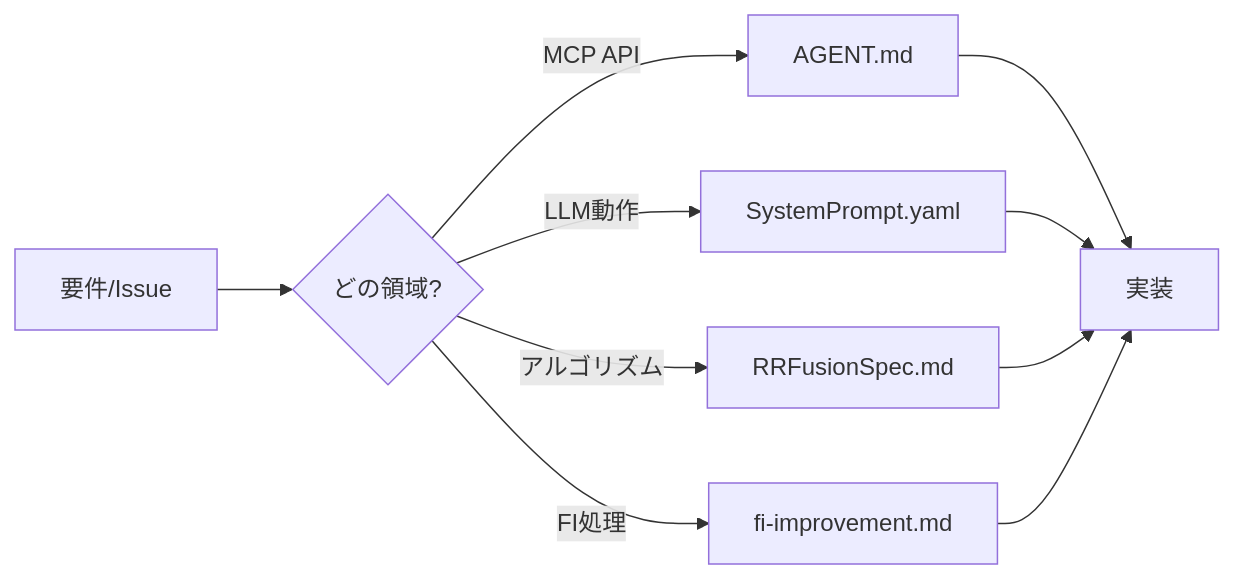
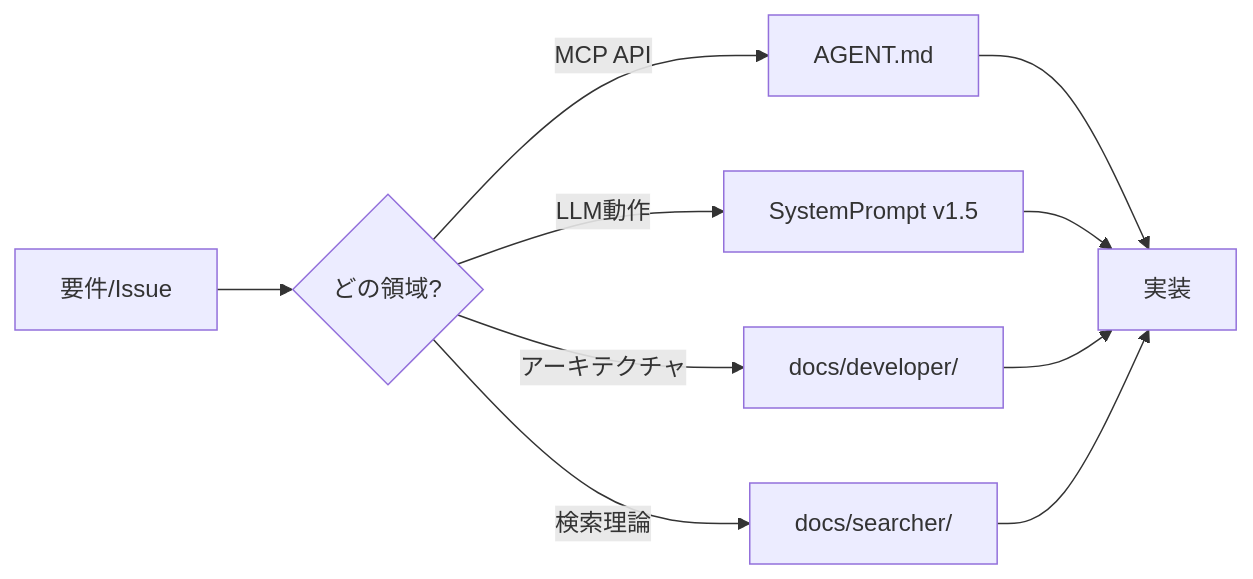
The first of 3 diagrams in CLAUDE_CODE_GUIDE.md (jl1nie/rrfusion), drawn with Mermaid before and after one commit. The commit also changed other lines of this file and 37 other files, not shown here.

````diff
--- a/CLAUDE_CODE_GUIDE.md
+++ b/CLAUDE_CODE_GUIDE.md
@@ -32,12 +42,12 @@
 ```mermaid
 graph LR
     A[要件/Issue] --> B{どの領域?}
     B -->|MCP API| C[AGENT.md]
-    B -->|LLM動作| D[SystemPrompt.yaml]
-    B -->|アルゴリズム| E[RRFusionSpec.md]
-    B -->|FI処理| F[fi-improvement.md]
+    B -->|LLM動作| D[SystemPrompt v1.5]
+    B -->|アーキテクチャ| E[docs/developer/]
+    B -->|検索理論| F[docs/searcher/]
     C --> G[実装]
     D --> G
     E --> G
     F --> G
 ```
````
